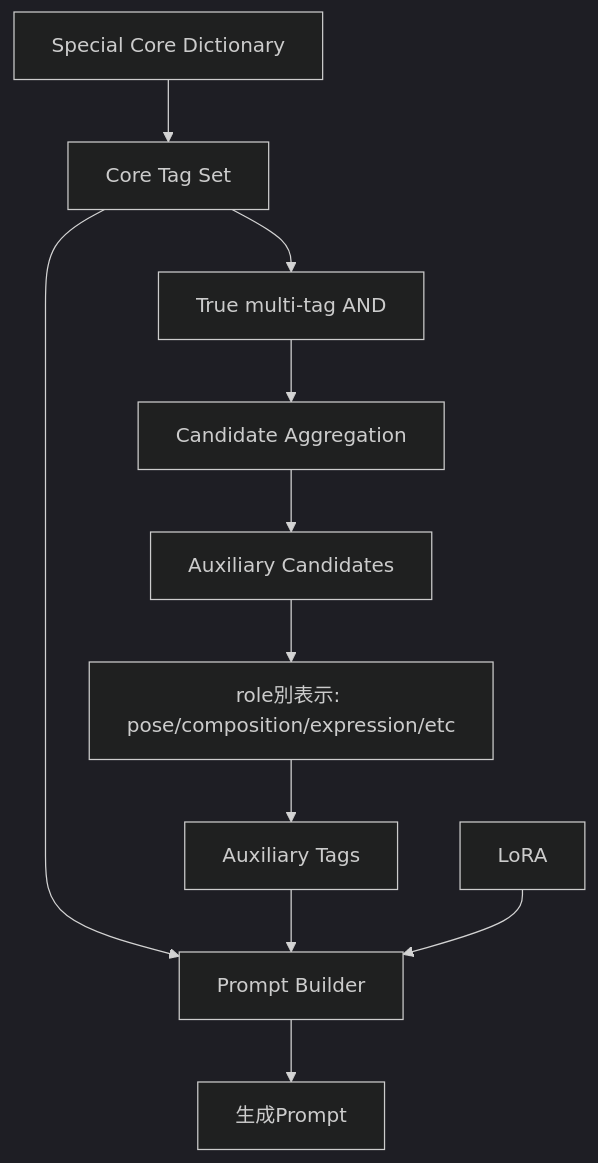
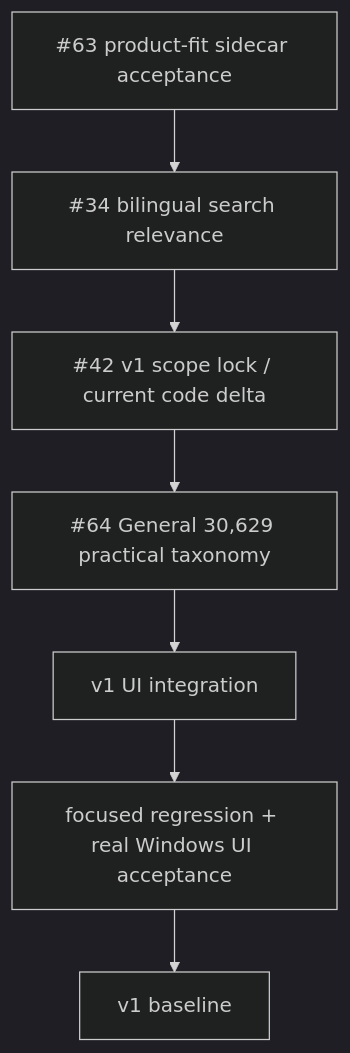
One commit to takasago181/DanbooruTagTool changed the fifth of 6 diagrams in docs/FLOWCHARTS.md. Above: the diagram before and after it, drawn with Mermaid (dark theme). The commit also changed other lines of this file, not shown here.

Commit message:
docs: replace legacy flowcharts with current v1 flow

````diff
--- a/docs/FLOWCHARTS.md
+++ b/docs/FLOWCHARTS.md
@@ -100,13 +75,9 @@
 ```mermaid
 flowchart TD
- A[Special Core Dictionary] --> B[Core Tag Set]
- B --> C[True multi-tag AND]
- C --> D[Candidate Aggregation]
- D --> E[Auxiliary Candidates]
- E --> F[role別表示: pose/composition/expression/etc]
- F --> G[Auxiliary Tags]
- B --> H[Prompt Builder]
- G --> H
- I[LoRA] --> H
- H --> J[生成Prompt]
+ A[#63 product-fit sidecar acceptance] --> B[#34 bilingual search relevance]
+ B --> C[#42 v1 scope lock / current code delta]
+ C --> D[#64 General 30,629 practical taxonomy]
+ D --> E[v1 UI integration]
+ E --> F[focused regression + real Windows UI acceptance]
+ F --> G[v1 baseline]
 ```
````
